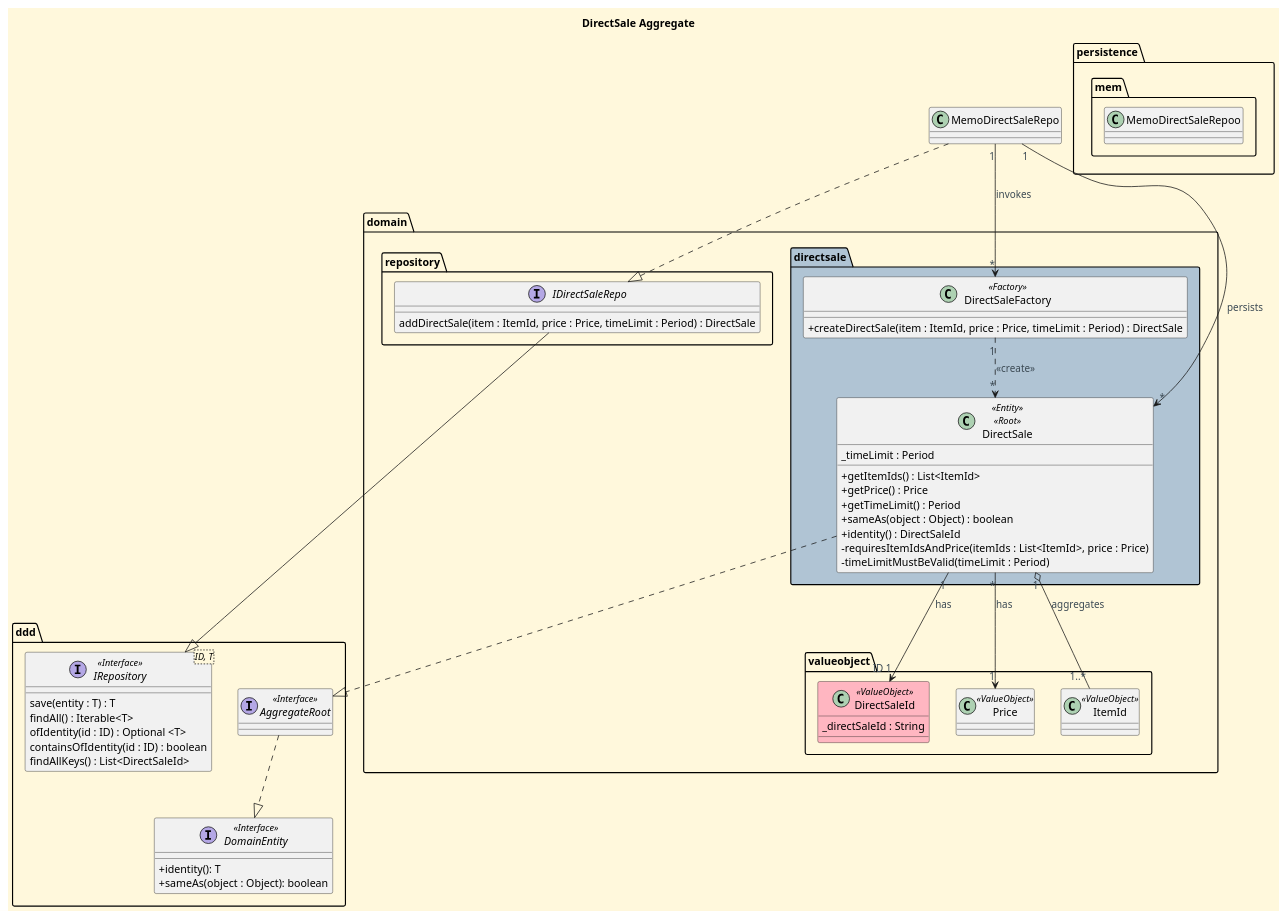
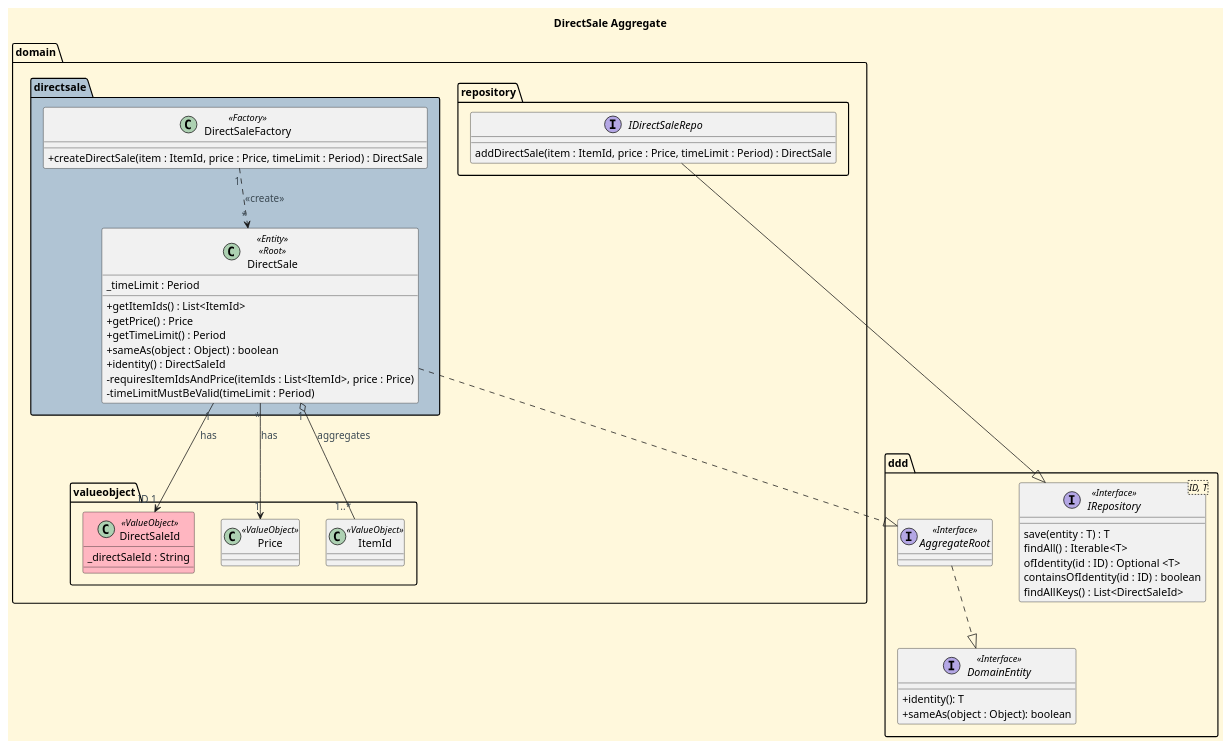
Before and after one commit to CarolinaLeite-collab/JavaMarketplacePlatform: the diagram in docs/aggregates-diagrams/DirectSale_Aggregate.puml, drawn with PlantUML. The commit also changed 2 other files, not shown here.

Commit message:
docs: update DirectSale diagrams to reflect repository implementation (#689)

```diff
--- a/docs/aggregates-diagrams/DirectSale_Aggregate.puml
+++ b/docs/aggregates-diagrams/DirectSale_Aggregate.puml
@@ -1,101 +1,93 @@
 @startuml
 
 '==== Title ====
 title DirectSale Aggregate
 top to bottom direction
 
 '==== basic style ====
 skinparam monochrome false
 skinparam shadowing false
 skinparam defaultFontName Futura
 skinparam objectFontSize 20
 skinparam backgroundColor CornSilk
 skinparam objectBackgroundColor WhiteSmoke
 skinparam noteBackgroundColor #FFFFE0
 skinparam ArrowFontColor #3B4953
 skinparam ActivationBackgroundColor black
 skinparam classAttributeIconSize 0
 
 
 ' ===== Domain =====
 Package "domain" {
 
     Package "directsale" #b0c4d4 {
         class DirectSale <<Entity>> <<Root>> {
             _timeLimit : Period
             +getItemIds() : List<ItemId>
             +getPrice() : Price
             +getTimeLimit() : Period
             +sameAs(object : Object) : boolean
             +identity() : DirectSaleId
             -requiresItemIdsAndPrice(itemIds : List<ItemId>, price : Price)
             -timeLimitMustBeValid(timeLimit : Period)
             }
 
             class DirectSaleFactory <<Factory>> {
             + createDirectSale(item : ItemId, price : Price, timeLimit : Period) : DirectSale
             }
 }
     Package "repository" {
         interface IDirectSaleRepo{
         addDirectSale(item : ItemId, price : Price, timeLimit : Period) : DirectSale
         }
     }
 
     Package "valueobject" {
     '== Value Objects (Ids) ==
         class DirectSaleId <<ValueObject>> #LightPink{
         _directSaleId : String
         }
     ' ===== Value Objects =====
         class Price <<ValueObject>>
         class ItemId <<ValueObject>>
     }
 }
 
-Package "persistence" {
-    Package "mem"{
-        class MemoDirectSaleRepoo{
-        }
-    }
-}
+
 
 Package "ddd" {
 
     interface IRepository<ID, T> <<Interface>> {
     save(entity : T) : T
     findAll() : Iterable<T>
     ofIdentity(id : ID) : Optional <T>
     containsOfIdentity(id : ID) : boolean
     findAllKeys() : List<DirectSaleId>
     }
 
     interface AggregateRoot <<Interface>> {
     }
 
     interface DomainEntity <<Interface>>{
     +identity(): T
     +sameAs(object : Object): boolean
     }
 }
 
 
 DirectSale "1" --> "ID 1" DirectSaleId : has
 
-MemoDirectSaleRepo "1" --> "*" DirectSaleFactory : invokes
-MemoDirectSaleRepo "1" --> "*" DirectSale : persists
 
 DirectSale "*" --> "1" Price : has
 DirectSale "1" o--  "1..*" ItemId : aggregates
 
 ' ===== Factory =====
 DirectSaleFactory "1" ..> "*" DirectSale : <<create>>
 
 
 ' ===== Repository =====
 AggregateRoot ..|> DomainEntity
 IDirectSaleRepo --|> IRepository
-MemoDirectSaleRepo ..|> IDirectSaleRepo
 DirectSale ..|> AggregateRoot
 
 @enduml
```
